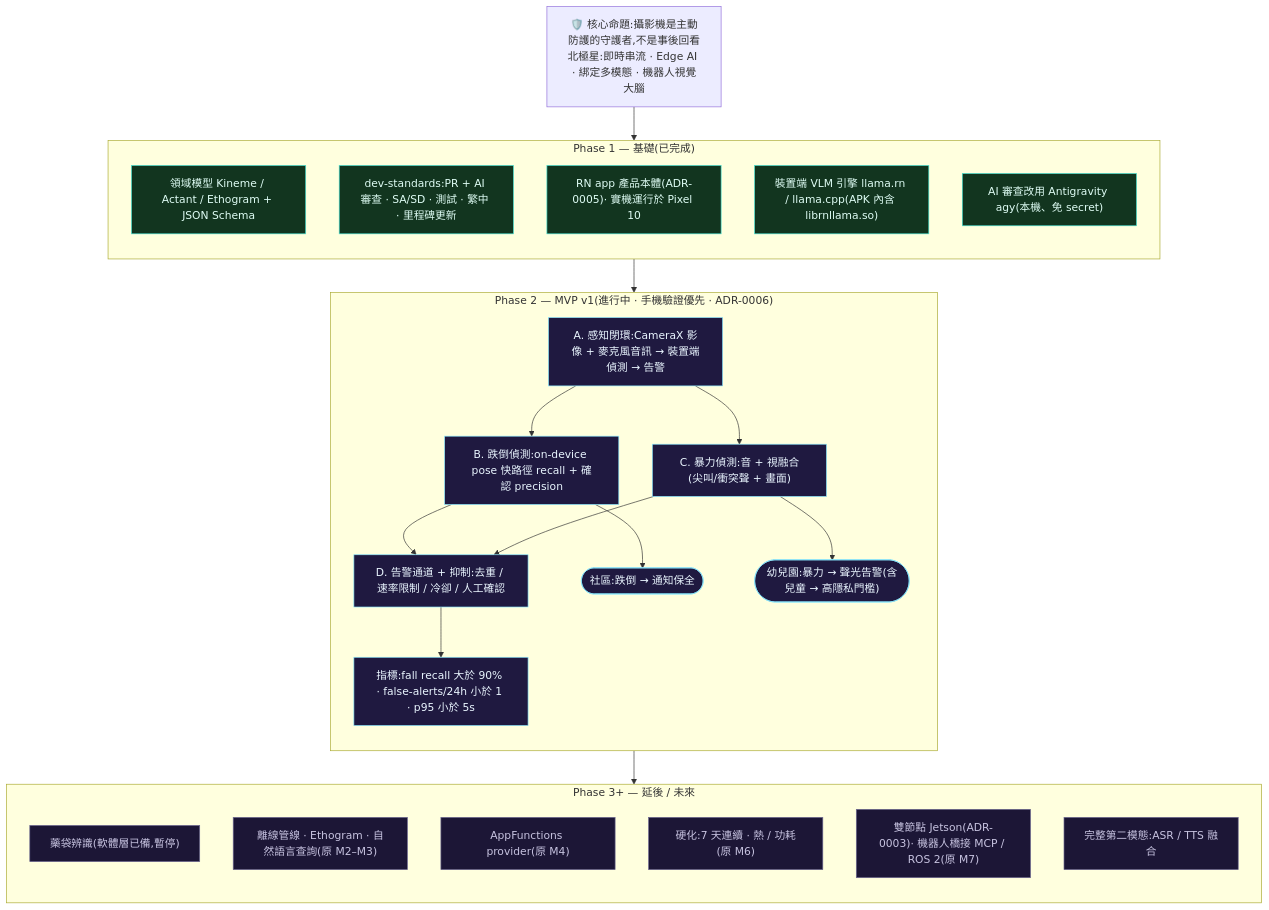
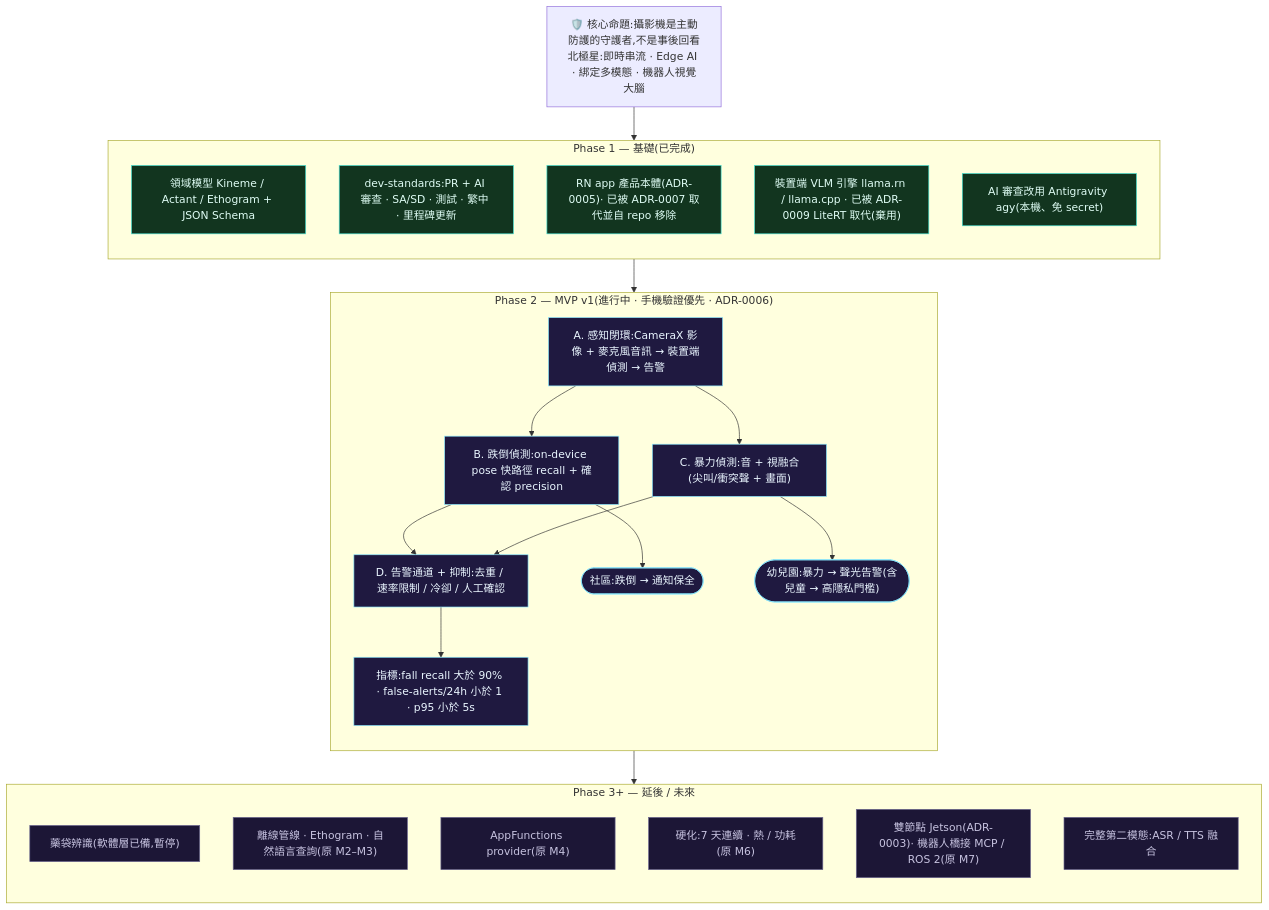
One commit to TingFengChou/claustrum changed the diagram in docs/ROADMAP.md. Above: the diagram before and after it, drawn with Mermaid. The commit also changed other lines of this file and 115 other files, not shown here.

````diff
--- a/docs/ROADMAP.md
+++ b/docs/ROADMAP.md
@@ -14,48 +14,48 @@
 ```mermaid
 flowchart TD
   THESIS["🛡️ 核心命題:攝影機是主動防護的守護者,不是事後回看<br/>北極星:即時串流 · Edge AI · 綁定多模態 · 機器人視覺大腦"]
 
   subgraph P1["Phase 1 — 基礎(已完成)"]
     direction TB
     P1a["領域模型 Kineme / Actant / Ethogram + JSON Schema"]
     P1b["dev-standards:PR + AI 審查 · SA/SD · 測試 · 繁中 · 里程碑更新"]
-    P1c["RN app 產品本體(ADR-0005)· 實機運行於 Pixel 10"]
-    P1d["裝置端 VLM 引擎 llama.rn / llama.cpp(APK 內含 librnllama.so)"]
+    P1c["RN app 產品本體(ADR-0005)· 已被 ADR-0007 取代並自 repo 移除"]
+    P1d["裝置端 VLM 引擎 llama.rn / llama.cpp · 已被 ADR-0009 LiteRT 取代(棄用)"]
     P1e["AI 審查改用 Antigravity agy(本機、免 secret)"]
   end
 
   subgraph P2["Phase 2 — MVP v1(進行中 · 手機驗證優先 · ADR-0006)"]
     direction TB
     A["A. 感知閉環:CameraX 影像 + 麥克風音訊 → 裝置端偵測 → 告警"]
     B["B. 跌倒偵測:on-device pose 快路徑 recall + 確認 precision"]
     C["C. 暴力偵測:音 + 視融合(尖叫/衝突聲 + 畫面)"]
     D["D. 告警通道 + 抑制:去重 / 速率限制 / 冷卻 / 人工確認"]
     V1(["社區:跌倒 → 通知保全"])
     V2(["幼兒園:暴力 → 聲光告警(含兒童 → 高隱私門檻)"])
     M["指標:fall recall 大於 90% · false-alerts/24h 小於 1 · p95 小於 5s"]
     A --> B --> D
     A --> C --> D
     B --> V1
     C --> V2
     D --> M
   end
 
   subgraph P3["Phase 3+ — 延後 / 未來"]
     direction TB
     F1["藥袋辨識(軟體層已備,暫停)"]
     F2["離線管線 · Ethogram · 自然語言查詢(原 M2–M3)"]
     F3["AppFunctions provider(原 M4)"]
     F4["硬化:7 天連續 · 熱 / 功耗(原 M6)"]
     F5["雙節點 Jetson(ADR-0003)· 機器人橋接 MCP / ROS 2(原 M7)"]
     F6["完整第二模態:ASR / TTS 融合"]
   end
 
   THESIS --> P1 --> P2 --> P3
 
   classDef done fill:#12351f,stroke:#43e0d0,color:#dffdf5;
   classDef active fill:#1f1940,stroke:#8be9ff,color:#eaf6ff;
   classDef future fill:#1c1636,stroke:#6b6690,color:#c7c3e0;
   class P1a,P1b,P1c,P1d,P1e done;
   class A,B,C,D,V1,V2,M active;
   class F1,F2,F3,F4,F5,F6 future;
 ```
````
